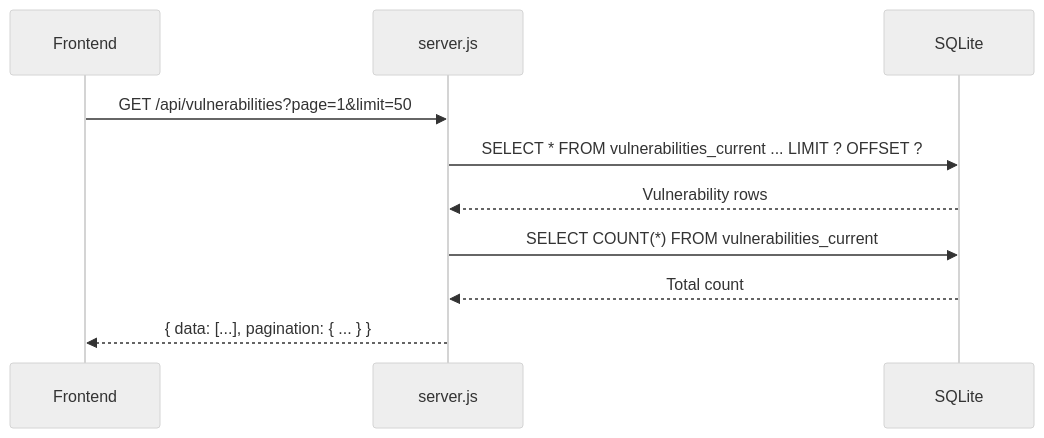
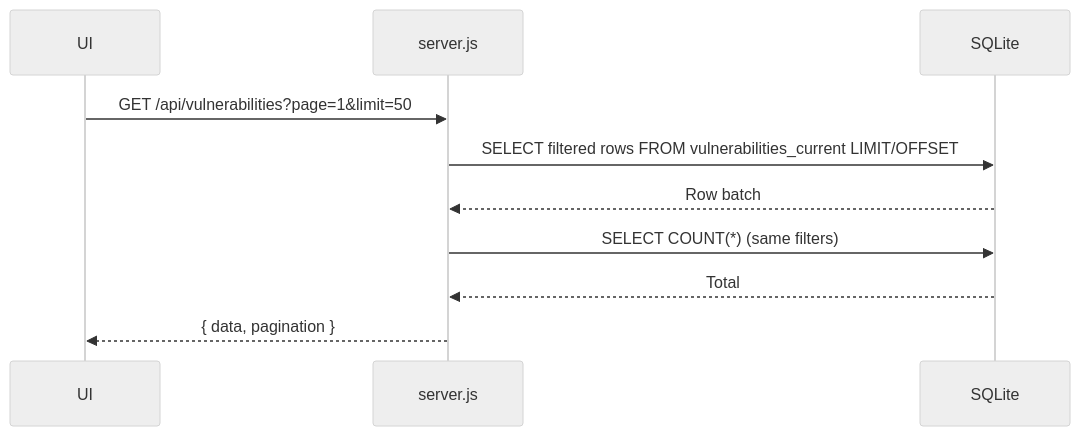
One commit to lbruton/HexTrackr changed the second of 2 diagrams in docs-source/architecture/backend.md. Above: the diagram before and after it, drawn with Mermaid (neutral theme). The commit also changed other lines of this file and 139 other files, not shown here.

````diff
--- a/docs-source/architecture/backend.md
+++ b/docs-source/architecture/backend.md
@@ -75,13 +104,12 @@
 ```mermaid
 sequenceDiagram
-    participant UI as Frontend
+    participant UI
     participant API as server.js
     participant DB as SQLite
-
     UI->>API: GET /api/vulnerabilities?page=1&limit=50
-    API->>DB: SELECT * FROM vulnerabilities_current ... LIMIT ? OFFSET ?
-    DB-->>API: Vulnerability rows
-    API->>DB: SELECT COUNT(*) FROM vulnerabilities_current
-    DB-->>API: Total count
-    API-->>UI: { data: [...], pagination: { ... } }
+    API->>DB: SELECT filtered rows FROM vulnerabilities_current LIMIT/OFFSET
+    DB-->>API: Row batch
+    API->>DB: SELECT COUNT(*) (same filters)
+    DB-->>API: Total
+    API-->>UI: { data, pagination }
 ```
````
